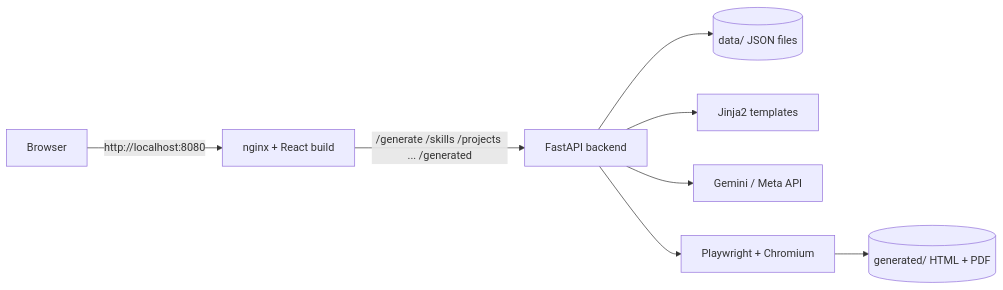
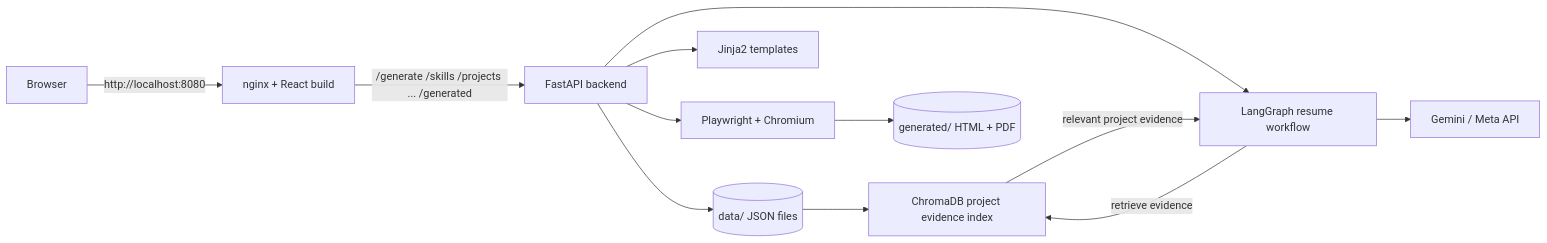
One commit to mohit7705/ResumeAI-ATS-Resume-Builder changed the diagram in README.md. Above: the diagram before and after it, drawn with Mermaid. The commit also changed other lines of this file and 4 other files, not shown here.

````diff
--- a/README.md
+++ b/README.md
@@ -54,10 +55,14 @@
 ```mermaid
 flowchart LR
     U[Browser] -->|http://localhost:8080| N[nginx + React build]
     N -->|/generate /skills /projects ... /generated| B[FastAPI backend]
     B --> D[(data/ JSON files)]
     B --> T[Jinja2 templates]
-    B --> L[Gemini / Meta API]
+    B --> L[LangGraph resume workflow]
+    D --> R[ChromaDB project evidence index]
+    L -->|retrieve evidence| R
+    R -->|relevant project evidence| L
+    L --> M[Gemini / Meta API]
     B --> P[Playwright + Chromium]
     P --> G[(generated/ HTML + PDF)]
 ```
````
